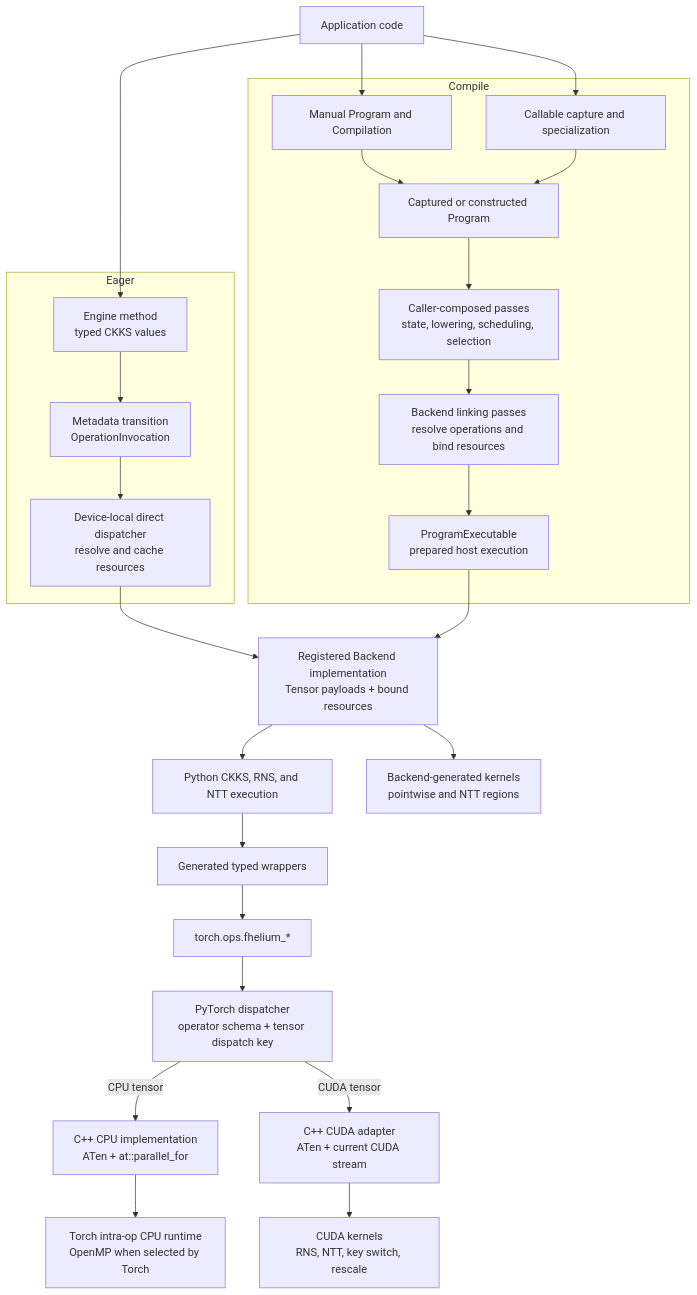
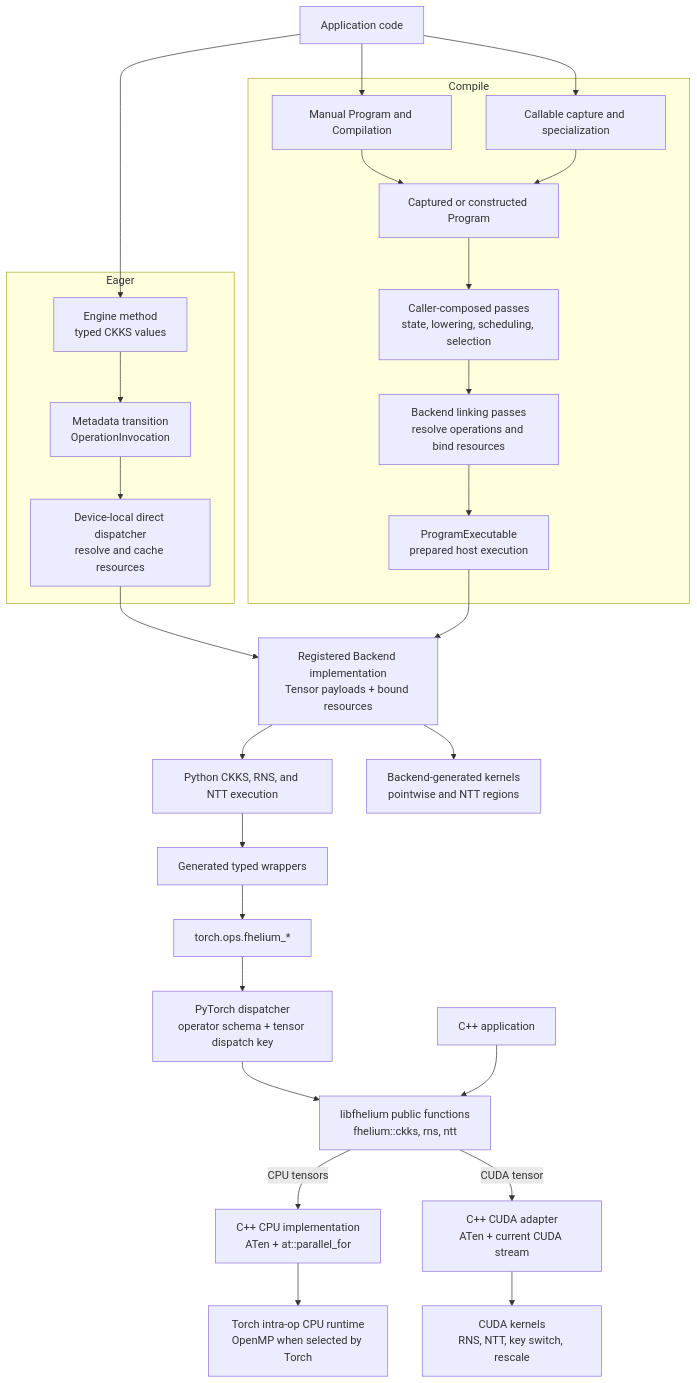
One commit to visualDust/fhelium changed the first of 4 diagrams in docs/developer/engine-native-stack.md. Above: the diagram before and after it, drawn with Mermaid. The commit also changed other lines of this file and 83 other files, not shown here.

````diff
--- a/docs/developer/engine-native-stack.md
+++ b/docs/developer/engine-native-stack.md
@@ -7,40 +7,43 @@
 ```mermaid
 graph TB
     APP[Application code]
     subgraph Eager
         ENGINE[Engine method<br/>typed CKKS values]
         ECALL[Metadata transition<br/>OperationInvocation]
         EDISP[Device-local direct dispatcher<br/>resolve and cache resources]
         ENGINE --> ECALL --> EDISP
     end
     subgraph Compile
         MANUAL[Manual Program and Compilation]
         CALLABLE[Callable capture and specialization]
         INPUT[Captured or constructed Program]
         MANUAL --> INPUT
         CALLABLE --> INPUT
         PASSES[Caller-composed passes<br/>state, lowering, scheduling, selection]
         LINK[Backend linking passes<br/>resolve operations and bind resources]
         EXEC[ProgramExecutable<br/>prepared host execution]
         INPUT --> PASSES --> LINK --> EXEC
     end
     IMPL[Registered Backend implementation<br/>Tensor payloads + bound resources]
     PYALG[Python CKKS, RNS, and NTT execution]
     WRAP[Generated typed wrappers]
     OPS[torch.ops.fhelium_*]
     DISP[PyTorch dispatcher<br/>operator schema + tensor dispatch key]
+    CXXAPP[C++ application]
+    LIB[libfhelium public functions<br/>fhelium::ckks, rns, ntt]
     CPU[C++ CPU implementation<br/>ATen + at::parallel_for]
     GPU[C++ CUDA adapter<br/>ATen + current CUDA stream]
     OMP[Torch intra-op CPU runtime<br/>OpenMP when selected by Torch]
     CUDA[CUDA kernels<br/>RNS, NTT, key switch, rescale]
 
     APP --> ENGINE
     APP --> MANUAL
     APP --> CALLABLE
     EDISP --> IMPL
     EXEC --> IMPL
-    IMPL --> PYALG --> WRAP --> OPS --> DISP
+    IMPL --> PYALG --> WRAP --> OPS --> DISP --> LIB
     IMPL --> GENERATED[Backend-generated kernels<br/>pointwise and NTT regions]
-    DISP -->|CPU tensor| CPU --> OMP
-    DISP -->|CUDA tensor| GPU --> CUDA
+    CXXAPP --> LIB
+    LIB -->|CPU tensors| CPU --> OMP
+    LIB -->|CUDA tensor| GPU --> CUDA
 ```
````
